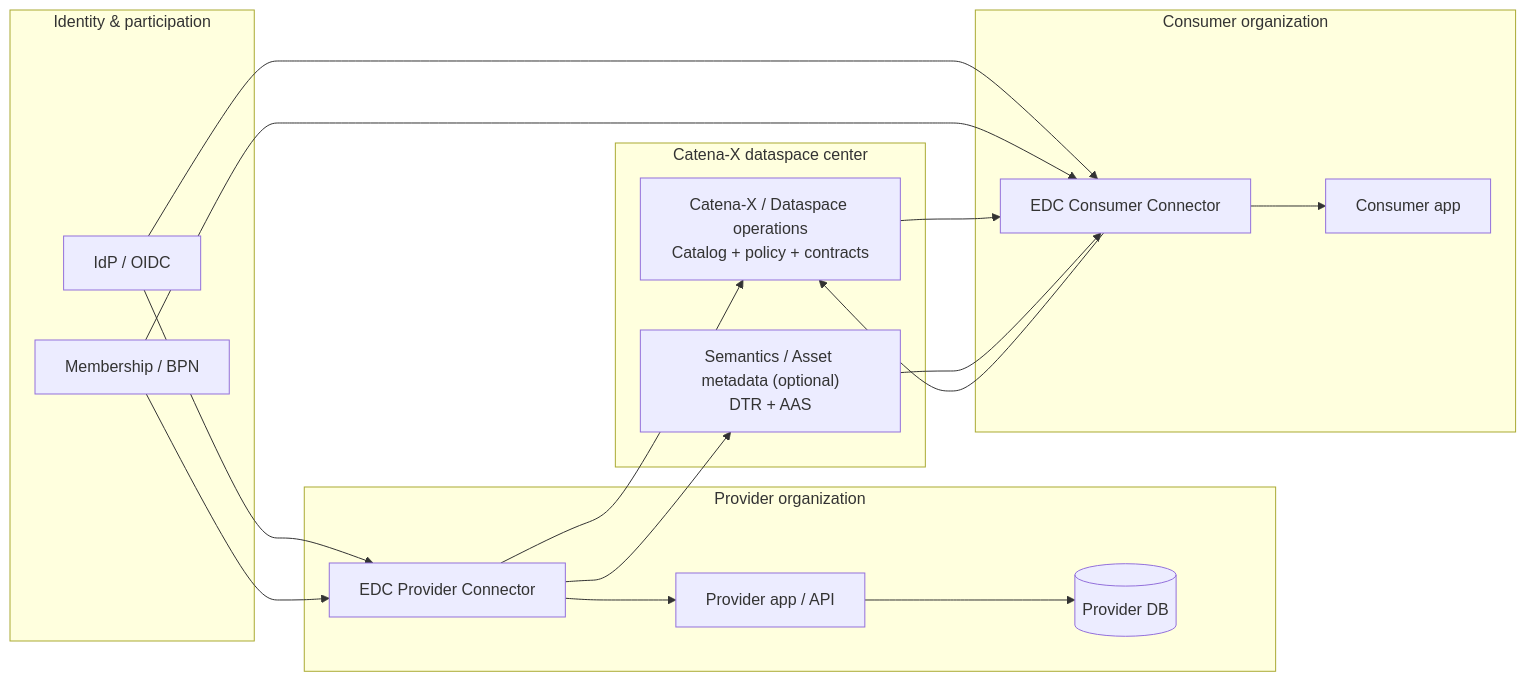
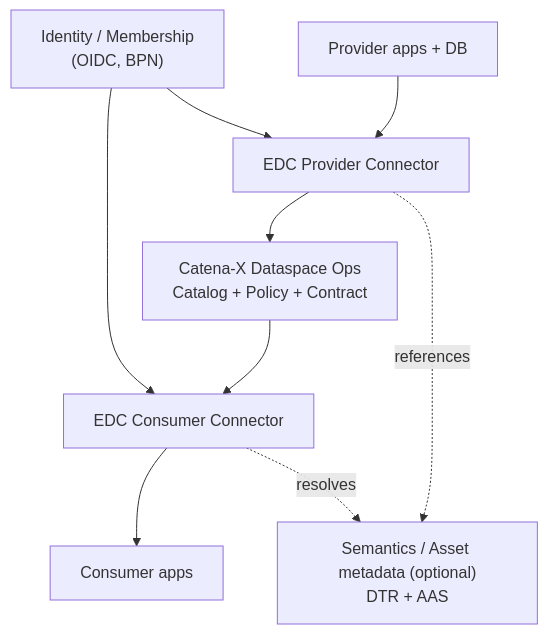
One commit to sumin-ma-1/catena-x-sw-sample changed the first of 3 diagrams in readme.md. Above: the diagram before and after it, drawn with Mermaid. The commit also changed other lines of this file, not shown here.

Commit message:
Revise README to enhance clarity of architecture and data flow diagrams. Updated descriptions to reflect the role of EDC connectors and streamlined the overall presentation of the Catena-X data space structure.

````diff
--- a/readme.md
+++ b/readme.md
@@ -11,38 +12,18 @@
 ```mermaid
-flowchart LR
-  subgraph provider["Provider organization"]
-    PApp["Provider app / API"]
-    PDB[(Provider DB)]
-    PCon["EDC Provider Connector"]
-    PApp --> PDB
-    PCon --> PApp
-  end
+flowchart TB
+  Provider["Provider apps + DB"]
+  PCon["EDC Provider Connector"]
+  Ops["Catena-X Dataspace Ops\nCatalog + Policy + Contract"]
+  CCon["EDC Consumer Connector"]
+  Consumer["Consumer apps"]
 
-  subgraph center["Catena-X dataspace center"]
-    Gov["Catena-X / Dataspace operations\nCatalog + policy + contracts"]
-    Meta["Semantics / Asset metadata (optional)\nDTR + AAS"]
-  end
+  Provider --> PCon --> Ops --> CCon --> Consumer
 
-  subgraph consumer["Consumer organization"]
-    CCon["EDC Consumer Connector"]
-    CApp["Consumer app"]
-    CCon --> CApp
-  end
+  Identity["Identity / Membership\n(OIDC, BPN)"]
+  Identity --> PCon
+  Identity --> CCon
 
-  subgraph identity["Identity & participation"]
-    IdP["IdP / OIDC"]
-    BPN["Membership / BPN"]
-  end
-
-  IdP --> PCon
-  IdP --> CCon
-  BPN --> PCon
-  BPN --> CCon
-
-  PCon --> Gov
-  CCon --> Gov
-  Gov --> CCon
-
-  PCon --> Meta
-  Meta --> CCon
+  Semantics["Semantics / Asset metadata (optional)\nDTR + AAS"]
+  PCon -. references .-> Semantics
+  CCon -. resolves .-> Semantics
 ```
````
